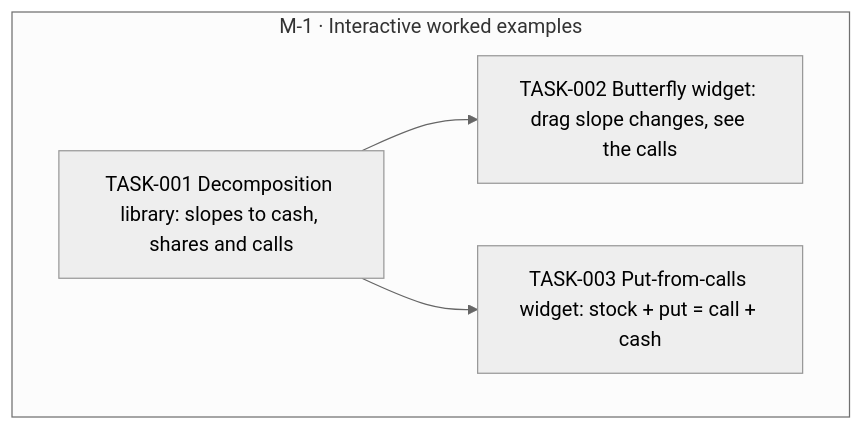
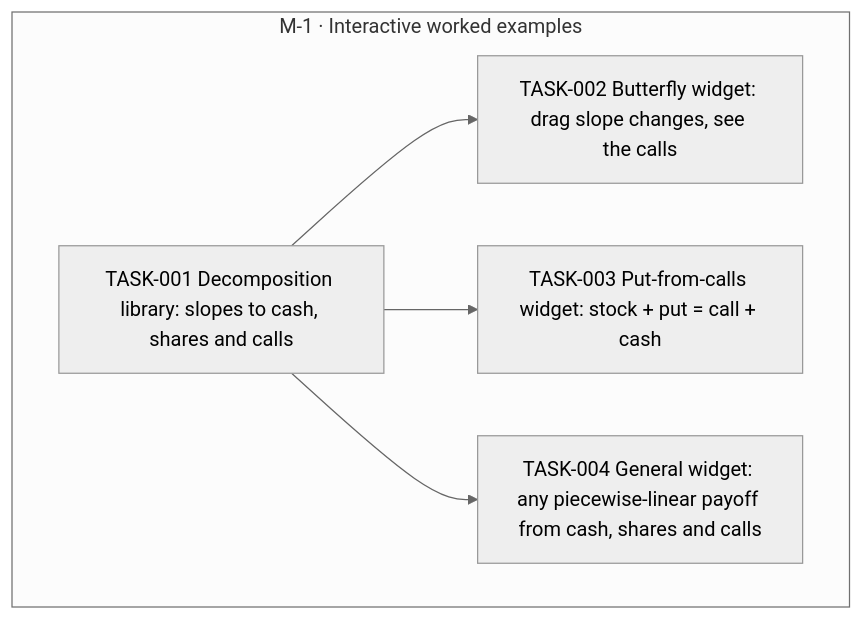
Before and after one commit to all-explained/options-explained: the diagram in goals/improve-viz/README.md, drawn with Mermaid (neutral theme). The commit also changed 1 other file, not shown here.

Commit message:
goal(improve-viz): add TASK-004 General widget: any piecewise-linear payoff from cash, shares and calls

````diff
--- a/goals/improve-viz/README.md
+++ b/goals/improve-viz/README.md
@@ -25,13 +25,15 @@
 ```mermaid
 flowchart TD
   subgraph M_1["M-1 · Interactive worked examples"]
     TASK_001["TASK-001 Decomposition library: slopes to cash, shares and calls"]
     TASK_002["TASK-002 Butterfly widget: drag slope changes, see the calls"]
     TASK_003["TASK-003 Put-from-calls widget: stock + put = call + cash"]
+    TASK_004["TASK-004 General widget: any piecewise-linear payoff from cash, shares and calls"]
   end
   TASK_001 --> TASK_002
   TASK_001 --> TASK_003
+  TASK_001 --> TASK_004
   classDef draft stroke-dasharray: 4 3
   classDef cancelled opacity:0.45
   classDef decision fill:#f3e8ff,stroke:#7c3aed
 ```
````
